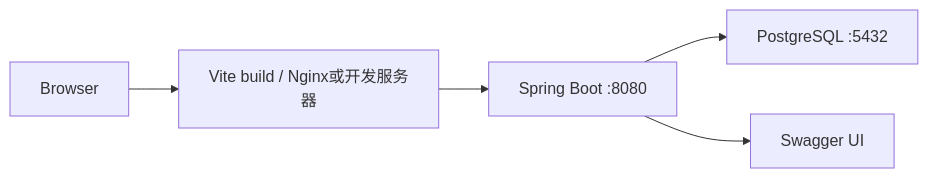
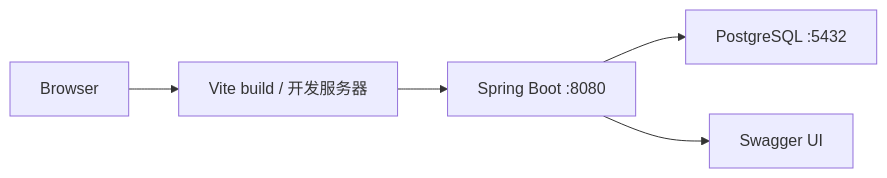
Before and after one commit to kamiweiwei12/-: the third of 3 diagrams in docs/ARCHITECTURE.md, drawn with Mermaid. The commit also changed other lines of this file and 4 other files, not shown here.

Commit message:
docs(architecture): revise modular monolith design per owner review

````diff
--- a/docs/ARCHITECTURE.md
+++ b/docs/ARCHITECTURE.md
@@ -86,7 +341,7 @@
 ```mermaid
 flowchart LR
-    Browser --> Frontend[Vite build / Nginx或开发服务器]
+    Browser --> Frontend[Vite build / 开发服务器]
     Frontend --> Backend[Spring Boot :8080]
     Backend --> Database[PostgreSQL :5432]
     Backend --> Docs[Swagger UI]
 ```
````
